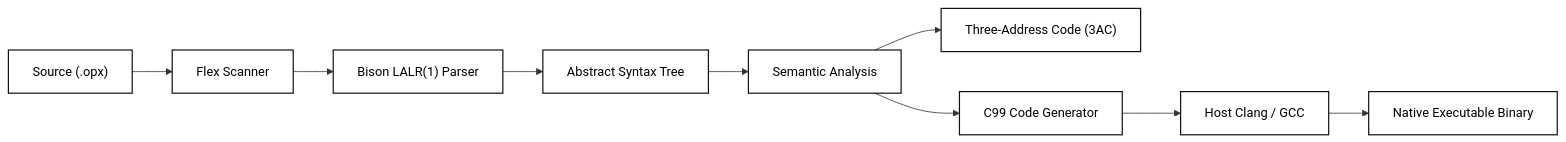
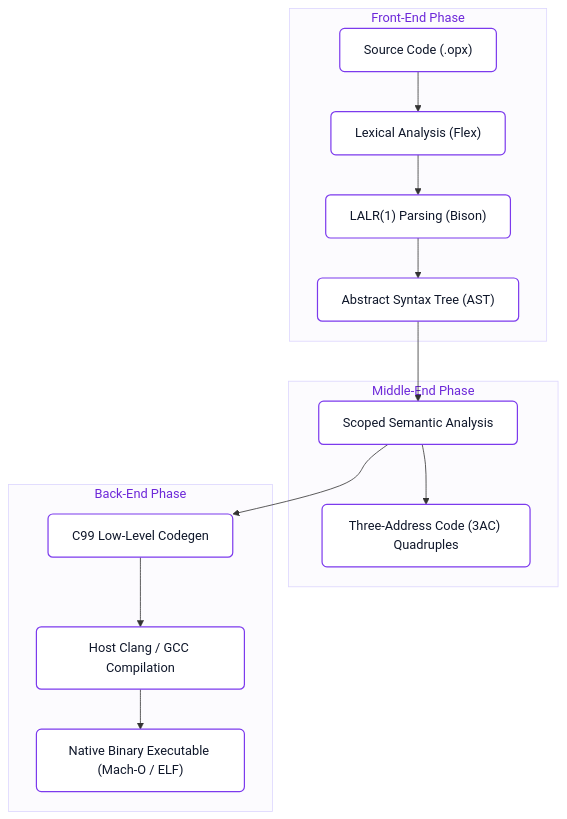
Before and after one commit to gaurav-budhwani/OPEX: the diagram in docs/index.md, drawn with Mermaid. The commit also changed other lines of this file and 3 other files, not shown here.

````diff
--- a/docs/index.md
+++ b/docs/index.md
@@ -133,13 +133,24 @@
 ```mermaid
-flowchart LR
-    A["Source (.opx)"] --> B["Flex Scanner"]
-    B --> C["Bison LALR(1) Parser"]
-    C --> D["Abstract Syntax Tree"]
-    D --> E["Semantic Analysis"]
-    E --> F["Three-Address Code (3AC)"]
-    E --> G["C99 Code Generator"]
-    G --> H["Host Clang / GCC"]
-    H --> I["Native Executable Binary"]
+flowchart TD
+    subgraph Frontend ["Front-End Phase"]
+        A["Source Code (.opx)"] --> B["Lexical Analysis (Flex)"]
+        B --> C["LALR(1) Parsing (Bison)"]
+        C --> D["Abstract Syntax Tree (AST)"]
+    end
 
-    classDef default fill:#ffffff,stroke:#111111,stroke-width:1.5px,color:#000000;
+    subgraph Middle ["Middle-End Phase"]
+        D --> E["Scoped Semantic Analysis"]
+        E --> F["Three-Address Code (3AC) Quadruples"]
+    end
+
+    subgraph Backend ["Back-End Phase"]
+        E --> G["C99 Low-Level Codegen"]
+        G --> H["Host Clang / GCC Compilation"]
+        H --> I["Native Binary Executable (Mach-O / ELF)"]
+    end
+
+    classDef stage fill:#ffffff,stroke:#7c3aed,stroke-width:1.5px,color:#0f172a,rx:6px,ry:6px;
+    classDef sub fill:#fcfbfe,stroke:#ddd6fe,stroke-width:1px,color:#6d28d9;
+    class A,B,C,D,E,F,G,H,I stage;
+    class Frontend,Middle,Backend sub;
 ```
````
